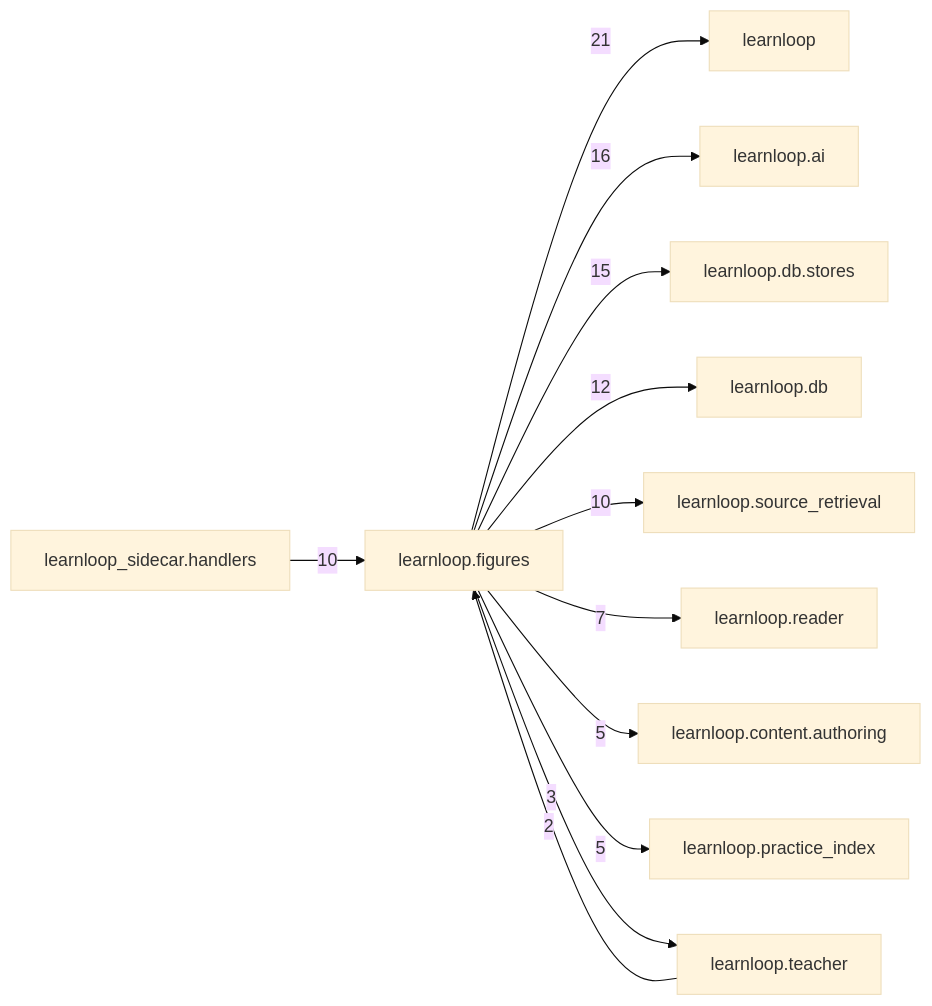
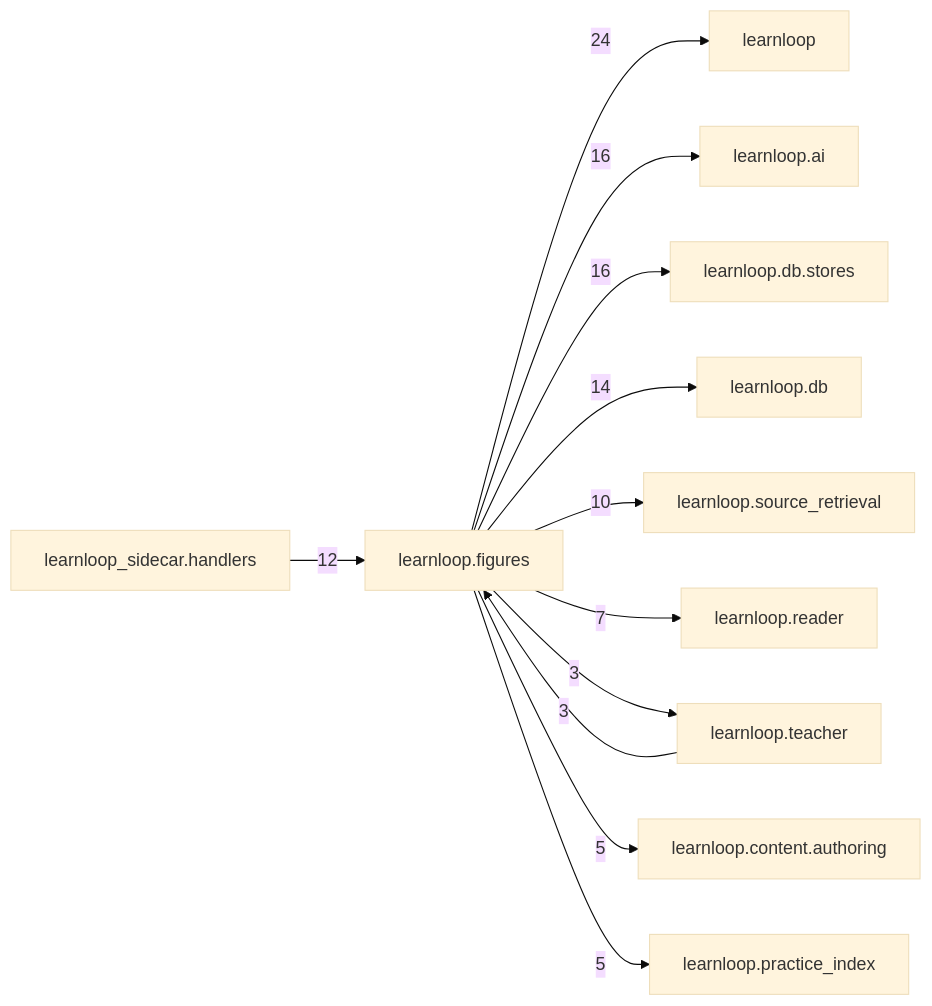
The diagram in docs/learnloop-architecture-vault/Reference/Modules/learnloop/figures/_package.md (6up-b/learnanything), drawn with Mermaid (base theme) before and after one commit. The commit also changed other lines of this file and 49 other files, not shown here.

````diff
--- a/docs/learnloop-architecture-vault/Reference/Modules/learnloop/figures/_package.md
+++ b/docs/learnloop-architecture-vault/Reference/Modules/learnloop/figures/_package.md
@@ -128,25 +130,25 @@
 ```mermaid
 flowchart LR
     center["learnloop.figures"]
     n_learnloop["learnloop"]
     n_learnloop_ai["learnloop.ai"]
     n_learnloop_db_stores["learnloop.db.stores"]
     n_learnloop_db["learnloop.db"]
+    n_learnloop_sidecar_handlers["learnloop_sidecar.handlers"]
     n_learnloop_source_retrieval["learnloop.source_retrieval"]
-    n_learnloop_sidecar_handlers["learnloop_sidecar.handlers"]
     n_learnloop_reader["learnloop.reader"]
+    n_learnloop_teacher["learnloop.teacher"]
     n_learnloop_content_authoring["learnloop.content.authoring"]
     n_learnloop_practice_index["learnloop.practice_index"]
-    n_learnloop_teacher["learnloop.teacher"]
-    center -->|21| n_learnloop
+    center -->|24| n_learnloop
     center -->|16| n_learnloop_ai
-    center -->|15| n_learnloop_db_stores
-    center -->|12| n_learnloop_db
+    center -->|16| n_learnloop_db_stores
+    center -->|14| n_learnloop_db
+    n_learnloop_sidecar_handlers -->|12| center
     center -->|10| n_learnloop_source_retrieval
-    n_learnloop_sidecar_handlers -->|10| center
     center -->|7| n_learnloop_reader
+    n_learnloop_teacher -->|3| center
+    center -->|3| n_learnloop_teacher
     center -->|5| n_learnloop_content_authoring
     center -->|5| n_learnloop_practice_index
-    n_learnloop_teacher -->|2| center
-    center -->|3| n_learnloop_teacher
 ```
````
